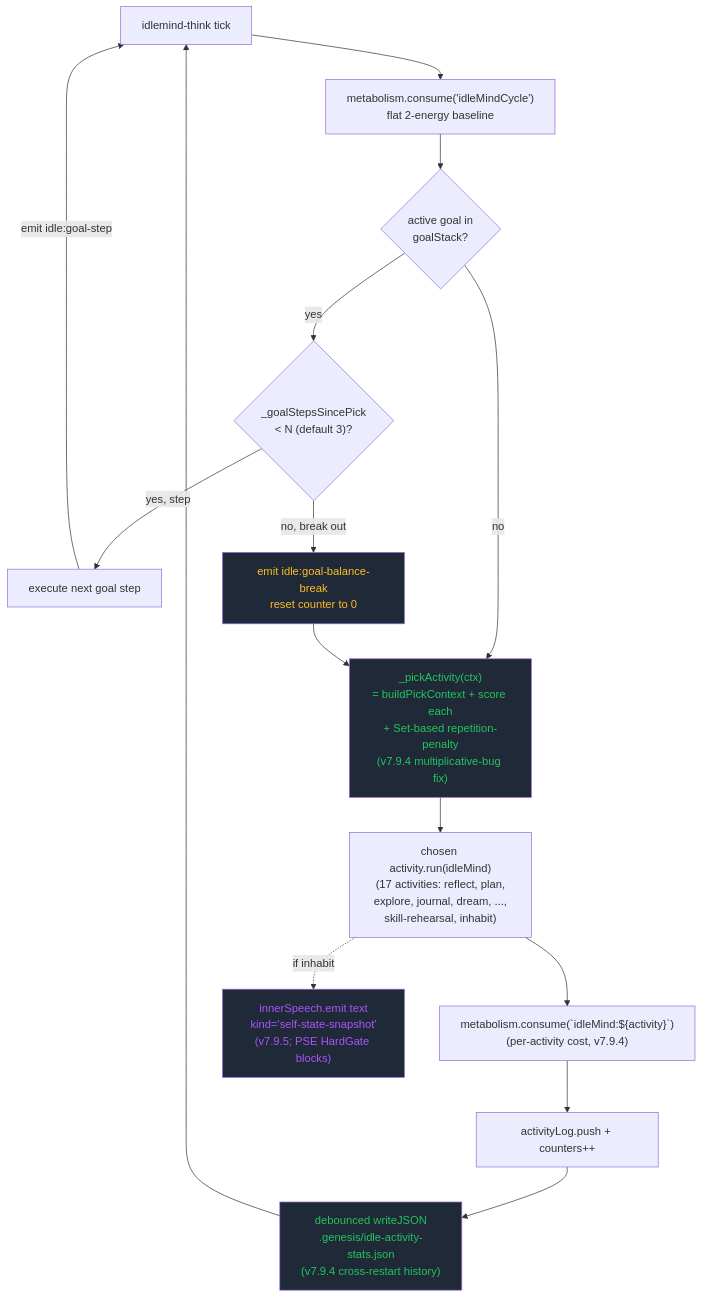
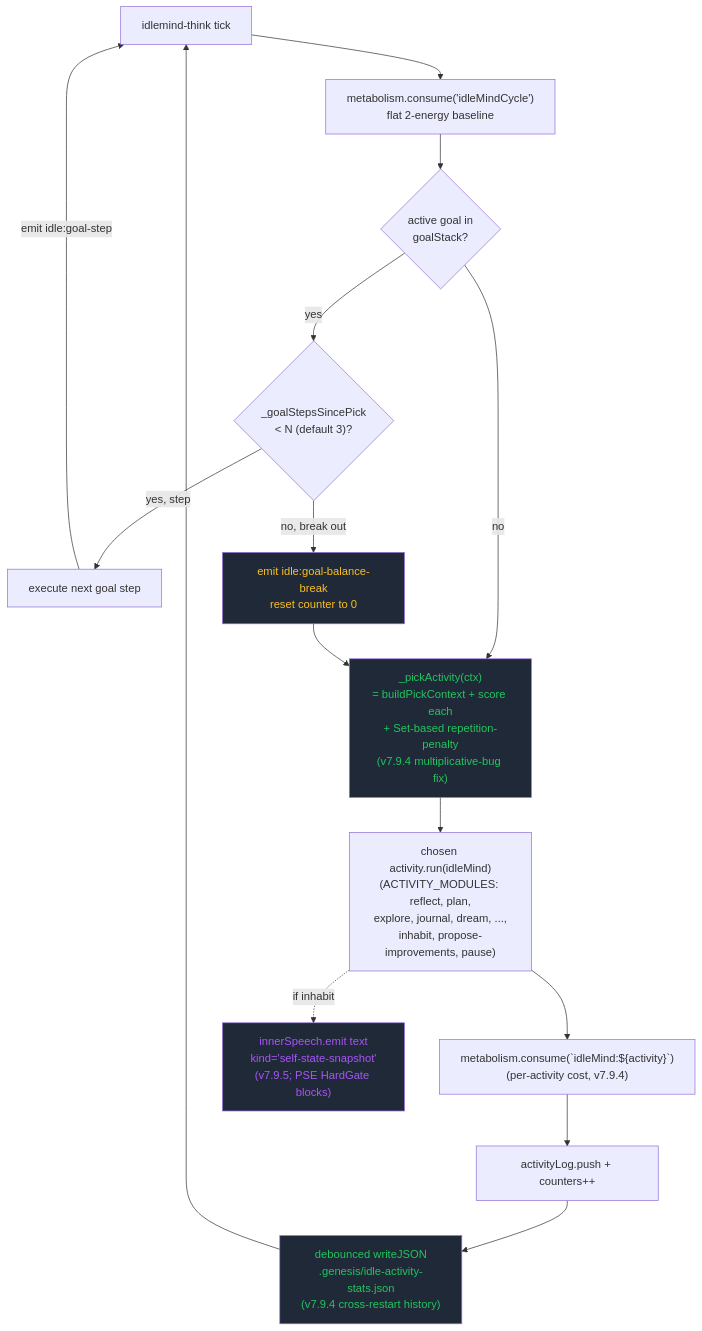
One commit to Garrus800-stack/genesis-agent changed the tenth of 19 diagrams in docs/EVENT-FLOW.md. Above: the diagram before and after it, drawn with Mermaid. The commit also changed 53 other files, not shown here.

````diff
--- a/docs/EVENT-FLOW.md
+++ b/docs/EVENT-FLOW.md
@@ -583,27 +583,27 @@
 ```mermaid
 graph TB
     Tick["idlemind-think tick"]
     Tick --> Charge1["metabolism.consume('idleMindCycle')<br/>flat 2-energy baseline"]
     Charge1 --> HasGoal{"active goal in<br/>goalStack?"}
 
     HasGoal -->|yes| StepCount{"_goalStepsSincePick<br/>< N (default 3)?"}
     StepCount -->|yes, step| GoalStep["execute next goal step"]
     GoalStep -->|emit idle:goal-step| Tick
     StepCount -->|no, break out| BalanceBreak["emit idle:goal-balance-break<br/>reset counter to 0"]
 
     HasGoal -->|no| Pick["_pickActivity(ctx)<br/>= buildPickContext + score each<br/>+ Set-based repetition-penalty<br/>(v7.9.4 multiplicative-bug fix)"]
     BalanceBreak --> Pick
 
-    Pick --> Activity["chosen activity.run(idleMind)<br/>(17 activities: reflect, plan,<br/>explore, journal, dream, ...,<br/>skill-rehearsal, inhabit)"]
+    Pick --> Activity["chosen activity.run(idleMind)<br/>(ACTIVITY_MODULES: reflect, plan,<br/>explore, journal, dream, ...,<br/>inhabit, propose-improvements, pause)"]
     Activity --> Charge2["metabolism.consume(`idleMind:${activity}`)<br/>(per-activity cost, v7.9.4)"]
     Charge2 --> LogStats["activityLog.push + counters++"]
     LogStats --> Persist["debounced writeJSON<br/>.genesis/idle-activity-stats.json<br/>(v7.9.4 cross-restart history)"]
     Persist --> Tick
 
     Activity -.->|if inhabit| InnerSpeech["innerSpeech.emit text<br/>kind='self-state-snapshot'<br/>(v7.9.5; PSE HardGate blocks)"]
 
     style Pick fill:#1f2937,color:#22c55e
     style Persist fill:#1f2937,color:#22c55e
     style InnerSpeech fill:#1f2937,color:#a855f7
     style BalanceBreak fill:#1f2937,color:#fbbf24
 ```
````
